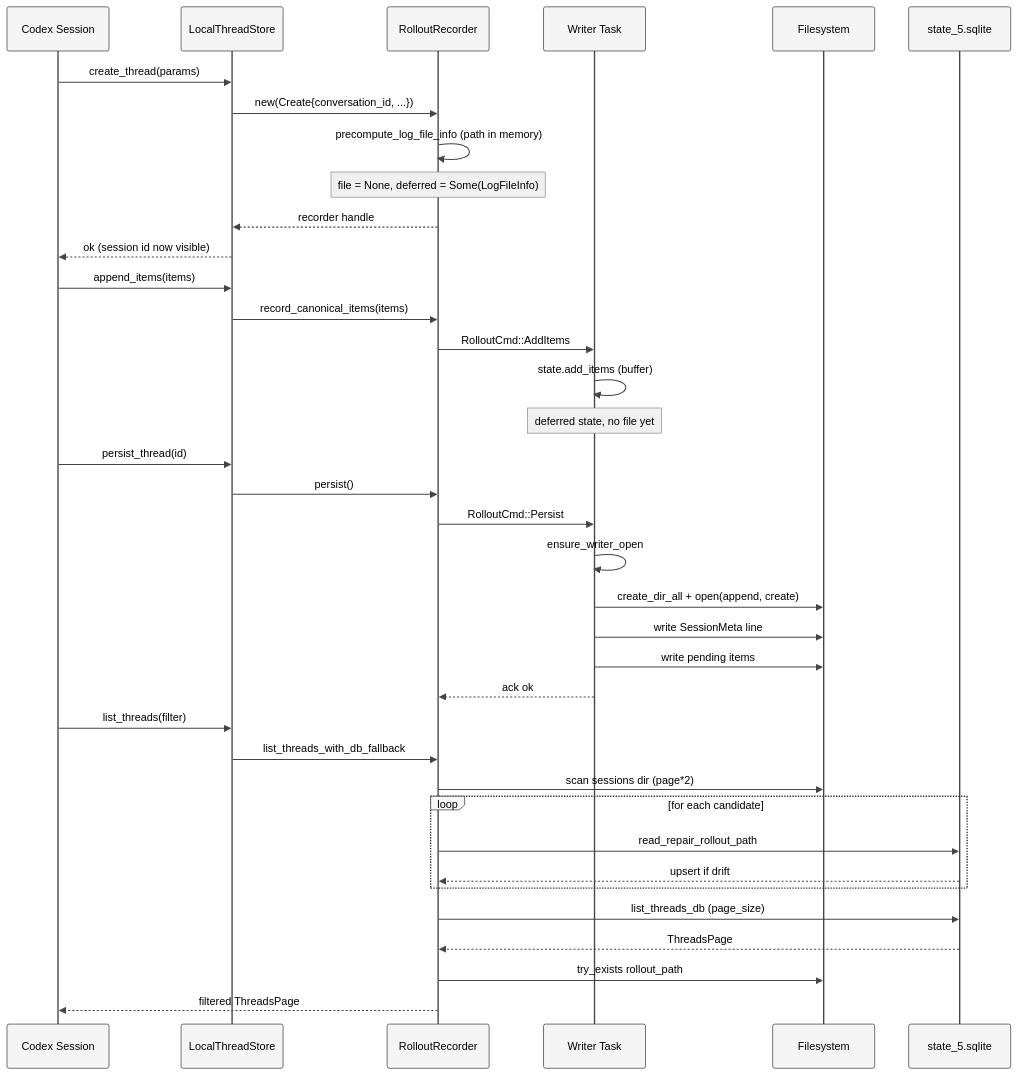
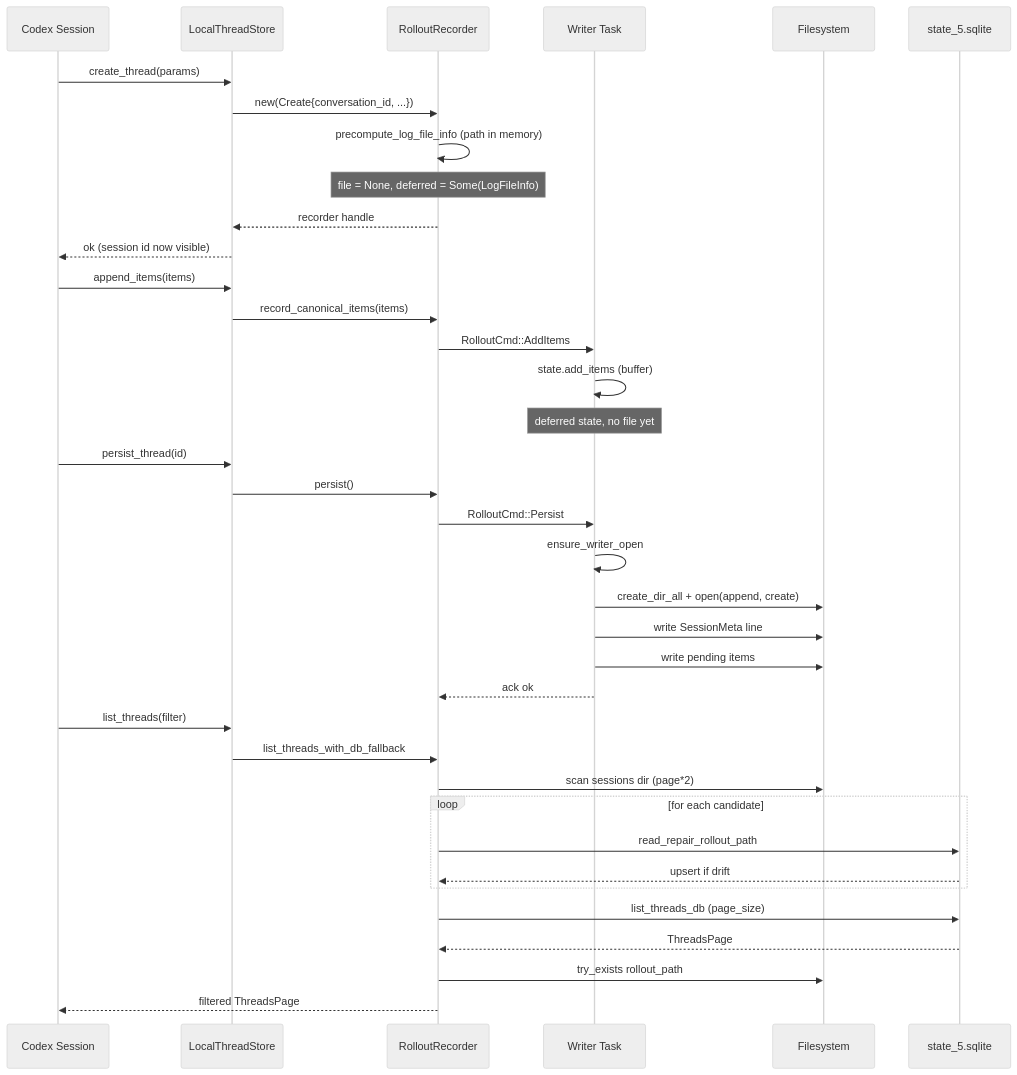
One commit to GLBB/codex-source-analysis changed the sixth of 6 diagrams in Part II Source Analysis/19-会话与轨迹持久化.md. Above: the diagram before and after it, drawn with Mermaid. The commit also changed other lines of this file and 29 other files, not shown here.

````diff
--- a/Part II Source Analysis/19-会话与轨迹持久化.md
+++ b/Part II Source Analysis/19-会话与轨迹持久化.md
@@ -977,44 +977,44 @@
 ```mermaid
-%%{init: {"theme": "base", "themeCSS": "svg { background: #ffffff !important; } .label, .messageText, .loopText, .noteText, text { color: #000000 !important; fill: #000000 !important; }", "themeVariables": {"background": "#ffffff", "mainBkg": "#ffffff", "primaryColor": "#f5f5f5", "primaryTextColor": "#000000", "primaryBorderColor": "#333333", "lineColor": "#444444", "textColor": "#000000", "actorBkg": "#f5f5f5", "actorBorder": "#333333", "actorTextColor": "#000000", "actorLineColor": "#444444", "noteBkgColor": "#f0f0f0", "noteBorderColor": "#888888", "noteTextColor": "#000000", "signalColor": "#444444", "signalTextColor": "#000000", "fontFamily": "Helvetica"}}}%%
+%%{init:{'theme':'neutral','themeVariables':{'background':'#ffffff'}}}%%
 sequenceDiagram
     participant Session as Codex Session
     participant Store as LocalThreadStore
     participant Rec as RolloutRecorder
     participant Task as Writer Task
     participant FS as Filesystem
     participant DB as state_5.sqlite
 
     Session->>Store: create_thread(params)
     Store->>Rec: new(Create{conversation_id, ...})
     Rec->>Rec: precompute_log_file_info (path in memory)
     Note over Rec: file = None, deferred = Some(LogFileInfo)
     Rec-->>Store: recorder handle
     Store-->>Session: ok (session id now visible)
 
     Session->>Store: append_items(items)
     Store->>Rec: record_canonical_items(items)
     Rec->>Task: RolloutCmd::AddItems
     Task->>Task: state.add_items (buffer)
     Note over Task: deferred state, no file yet
 
     Session->>Store: persist_thread(id)
     Store->>Rec: persist()
     Rec->>Task: RolloutCmd::Persist
     Task->>Task: ensure_writer_open
     Task->>FS: create_dir_all + open(append, create)
     Task->>FS: write SessionMeta line
     Task->>FS: write pending items
     Task-->>Rec: ack ok
 
     Session->>Store: list_threads(filter)
     Store->>Rec: list_threads_with_db_fallback
     Rec->>FS: scan sessions dir (page*2)
     loop for each candidate
         Rec->>DB: read_repair_rollout_path
         DB-->>Rec: upsert if drift
     end
     Rec->>DB: list_threads_db (page_size)
     DB-->>Rec: ThreadsPage
     Rec->>FS: try_exists rollout_path
     Rec-->>Session: filtered ThreadsPage
 ```
````
